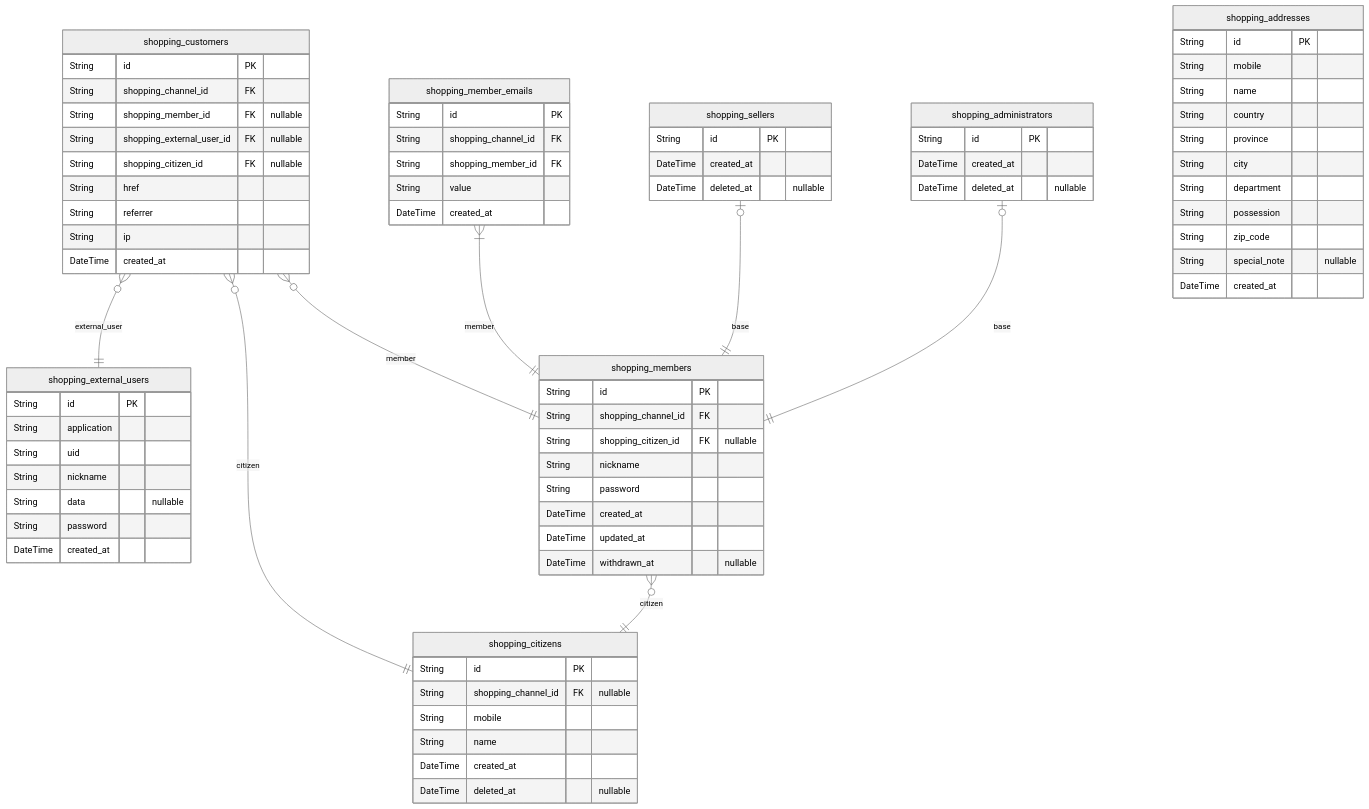
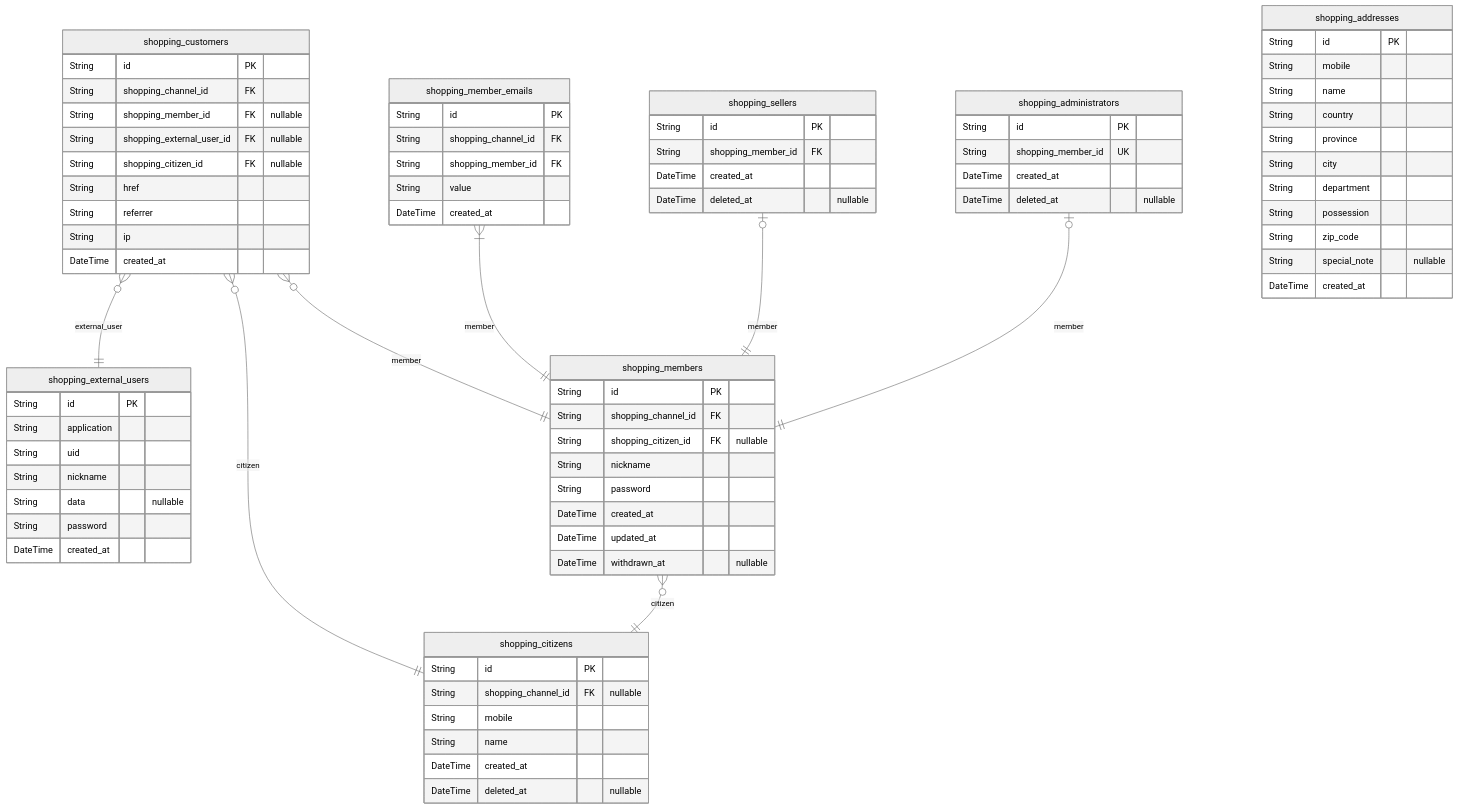
The third of 9 diagrams in ERD.md (samchon/prisma-markdown), drawn with Mermaid (neutral theme) before and after one commit. The commit also changed other lines of this file and 1 other file, not shown here.

Commit message:
Enhance example schema

````diff
--- a/ERD.md
+++ b/ERD.md
@@ -386,78 +385,80 @@
 ```mermaid
 erDiagram
 "shopping_customers" {
     String id PK
     String shopping_channel_id FK
     String shopping_member_id FK "nullable"
     String shopping_external_user_id FK "nullable"
     String shopping_citizen_id FK "nullable"
     String href
     String referrer
     String ip
     DateTime created_at
 }
 "shopping_external_users" {
     String id PK
     String application
     String uid
     String nickname
     String data "nullable"
     String password
     DateTime created_at
 }
 "shopping_citizens" {
     String id PK
     String shopping_channel_id FK "nullable"
     String mobile
     String name
     DateTime created_at
     DateTime deleted_at "nullable"
 }
 "shopping_members" {
     String id PK
     String shopping_channel_id FK
     String shopping_citizen_id FK "nullable"
     String nickname
     String password
     DateTime created_at
     DateTime updated_at
     DateTime withdrawn_at "nullable"
 }
 "shopping_member_emails" {
     String id PK
     String shopping_channel_id FK
     String shopping_member_id FK
     String value
     DateTime created_at
 }
 "shopping_sellers" {
     String id PK
+    String shopping_member_id FK
     DateTime created_at
     DateTime deleted_at "nullable"
 }
 "shopping_administrators" {
     String id PK
+    String shopping_member_id UK
     DateTime created_at
     DateTime deleted_at "nullable"
 }
 "shopping_addresses" {
     String id PK
     String mobile
     String name
     String country
     String province
     String city
     String department
     String possession
     String zip_code
     String special_note "nullable"
     DateTime created_at
 }
 "shopping_customers" }o--|| "shopping_members" : member
 "shopping_customers" }o--|| "shopping_external_users" : external_user
 "shopping_customers" }o--|| "shopping_citizens" : citizen
 "shopping_members" }o--|| "shopping_citizens" : citizen
 "shopping_member_emails" }|--|| "shopping_members" : member
-"shopping_sellers" |o--|| "shopping_members" : base
-"shopping_administrators" |o--|| "shopping_members" : base
+"shopping_sellers" |o--|| "shopping_members" : member
+"shopping_administrators" |o--|| "shopping_members" : member
 ```
````
